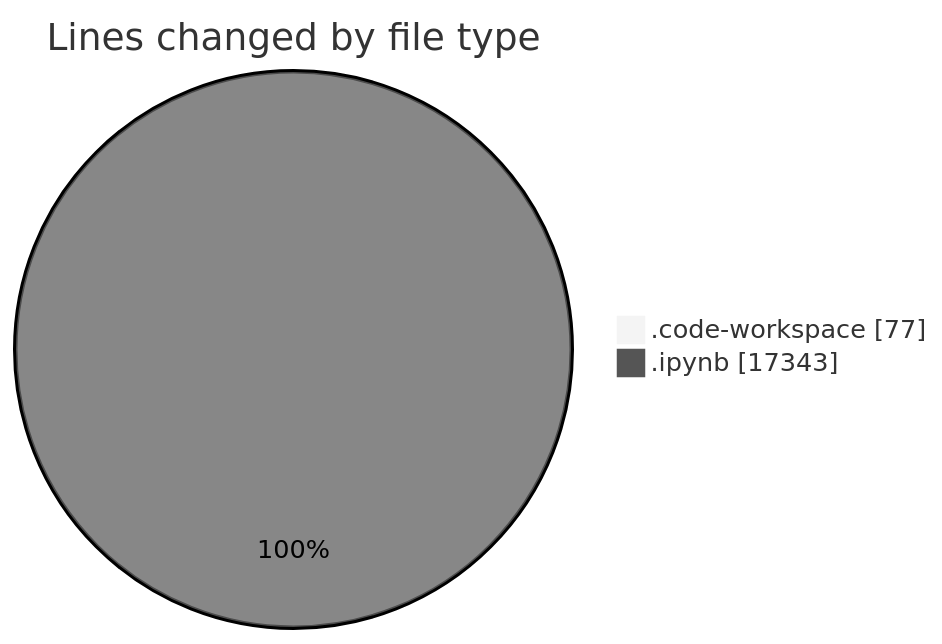
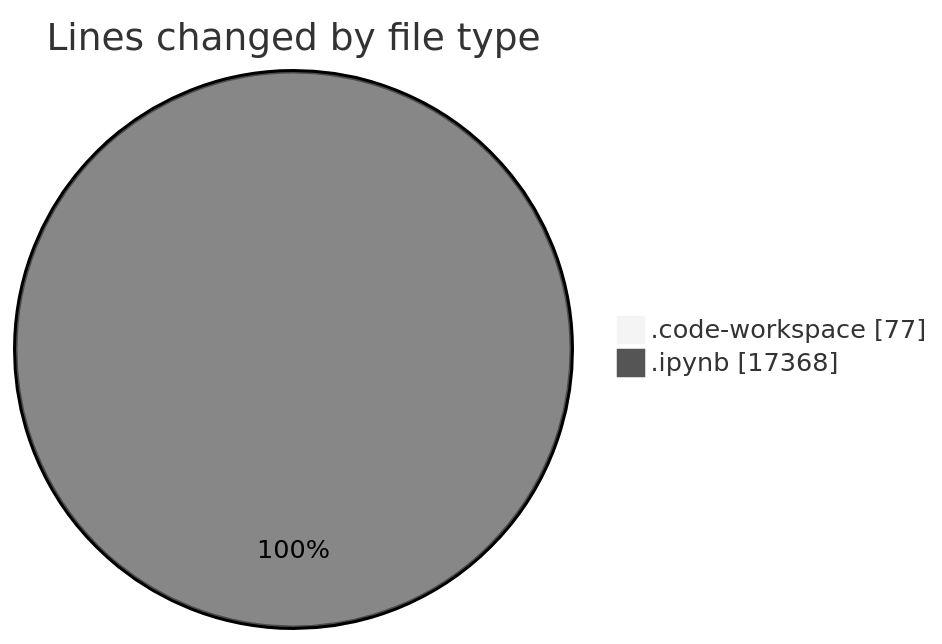
The first of 2 diagrams in 2025-03-14/myws__workspace_/README.md (MatusMokan/code-tracking), drawn with Mermaid (neutral theme) before and after one commit. The commit also changed other lines of this file and 1 other file, not shown here.

````diff
--- a/2025-03-14/myws__workspace_/README.md
+++ b/2025-03-14/myws__workspace_/README.md
@@ -21,6 +21,6 @@
 ```mermaid
 pie showData
 title Lines changed by file type
 ".code-workspace" : 77
-".ipynb" : 17343
+".ipynb" : 17368
 ```
````
